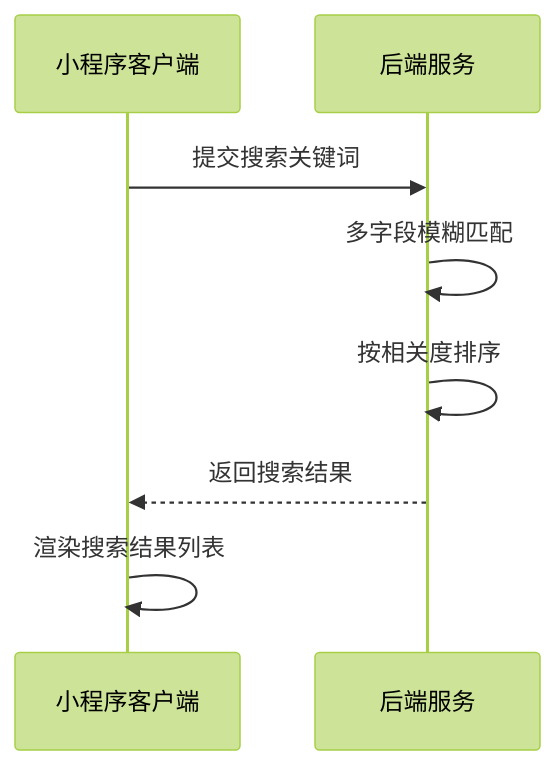
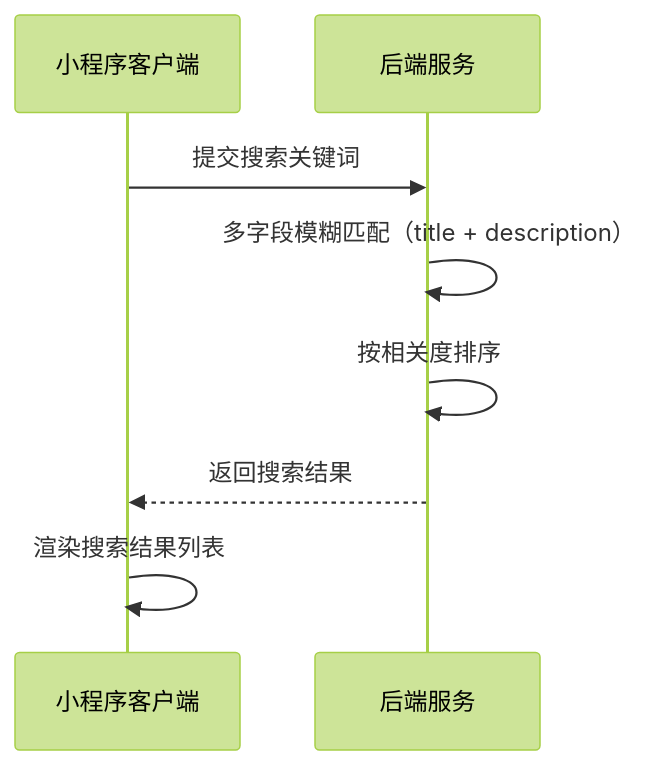
Before and after one commit to Childho/V4: the second of 3 diagrams in api-docs/activity.md, drawn with Mermaid (forest theme). The commit also changed other lines of this file and 21 other files, not shown here.

````diff
--- a/api-docs/activity.md
+++ b/api-docs/activity.md
@@ -121,10 +123,10 @@
 ```mermaid
 sequenceDiagram
     participant Client as 小程序客户端
     participant Server as 后端服务
     Client->>Server: 提交搜索关键词
-    Server->>Server: 多字段模糊匹配
+    Server->>Server: 多字段模糊匹配（title + description）
     Server->>Server: 按相关度排序
     Server-->>Client: 返回搜索结果
     Client->>Client: 渲染搜索结果列表
 ```
````
